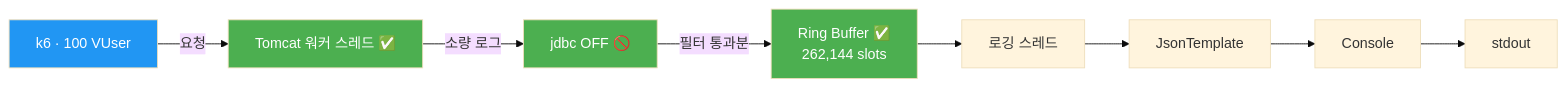
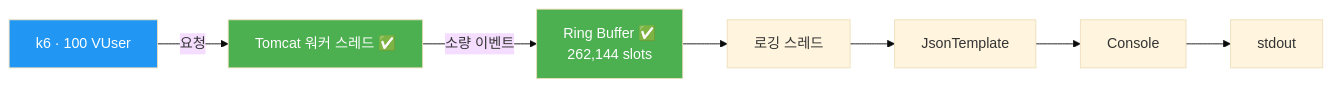
The fourth of 5 diagrams in README.md (gukin-han/logging-lab), drawn with Mermaid (base theme) before and after one commit. The commit also changed other lines of this file and 3 other files, not shown here.

First line of the commit message:
데이터 플로우 다이어그램 정정 + TPS 차트 추가

````diff
--- a/README.md
+++ b/README.md
@@ -176,15 +175,13 @@
 ```mermaid
 flowchart LR
     Client["k6 · 100 VUser"] -->|"요청"| T["Tomcat 워커 스레드 ✅"]
-    T -->|"소량 로그"| F["jdbc OFF 🚫"]
-    F -->|"필터 통과분"| RB["Ring Buffer ✅\n262,144 slots"]
+    T -->|"소량 이벤트"| RB["Ring Buffer ✅\n262,144 slots"]
     RB --> LT["로깅 스레드"]
     LT --> JTL["JsonTemplate"]
     JTL --> CA["Console"]
     CA --> FD["stdout"]
 
     style T fill:#4CAF50,color:#fff
-    style F fill:#4CAF50,color:#fff
     style RB fill:#4CAF50,color:#fff
     style Client fill:#2196F3,color:#fff
 ```
````
